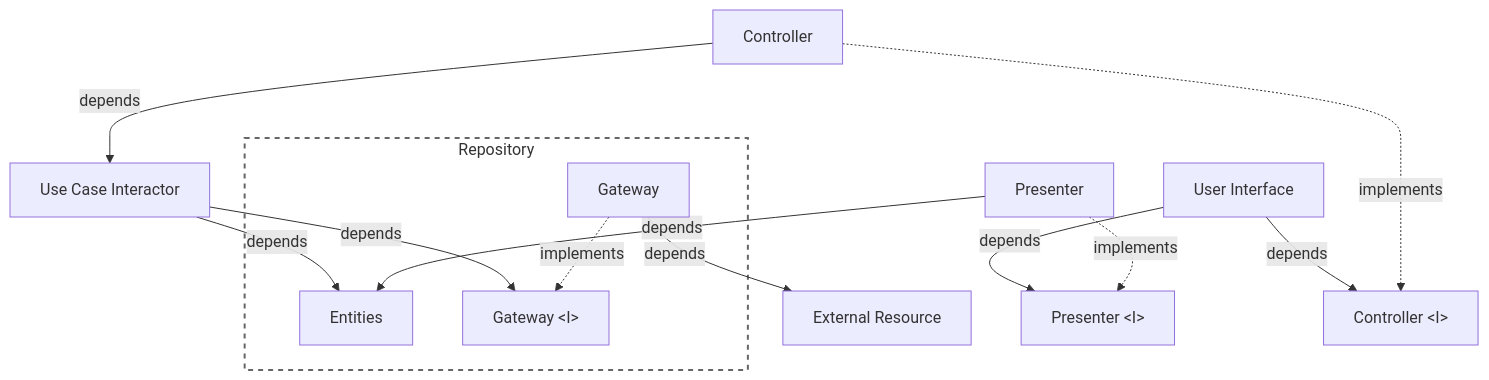
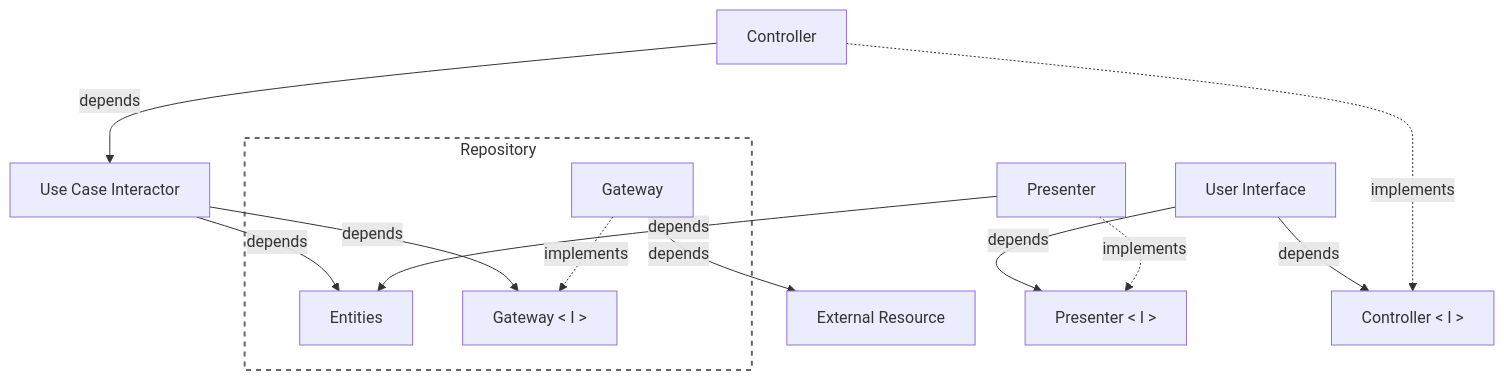
Before and after one commit to clean-reactive/documentation: diagram 12 of 16 in docs/architecture.md, drawn with Mermaid. The commit also changed other lines of this file, not shown here.

Commit message:
Docs: fix < > in mermaid

````diff
--- a/docs/architecture.md
+++ b/docs/architecture.md
@@ -808,34 +808,34 @@
 ```mermaid
 graph TD
 
 subgraph R1["Repository"]
   E["Entities"]
   G["Gateway"]
-  GI["Gateway &lt;I&gt;"]
+  GI["Gateway < I >"]
 end
 
 ER["External Resource"]
 UI["User Interface"]
 P["Presenter"]
 C["Controller"]
-PI["Presenter &lt;I&gt;"]
-CI["Controller &lt;I&gt;"]
+PI["Presenter < I >"]
+CI["Controller < I >"]
 UC["Use Case Interactor"]
 
 %% implementation relation
 P -. implements .-> PI
 C -. implements .-> CI
 G -. implements .-> GI
 
 %% dependency relation
 UI -- depends --> PI
 UI -- depends --> CI
 C -- depends --> UC
 P -- depends --> E
 UC -- depends --> E
 UC -- depends --> GI
 G -- depends --> ER
 
 classDef repository fill:none,stroke:#666,stroke-width:2px,stroke-dasharray: 5 5;
 class R1 repository;
 ```
````
